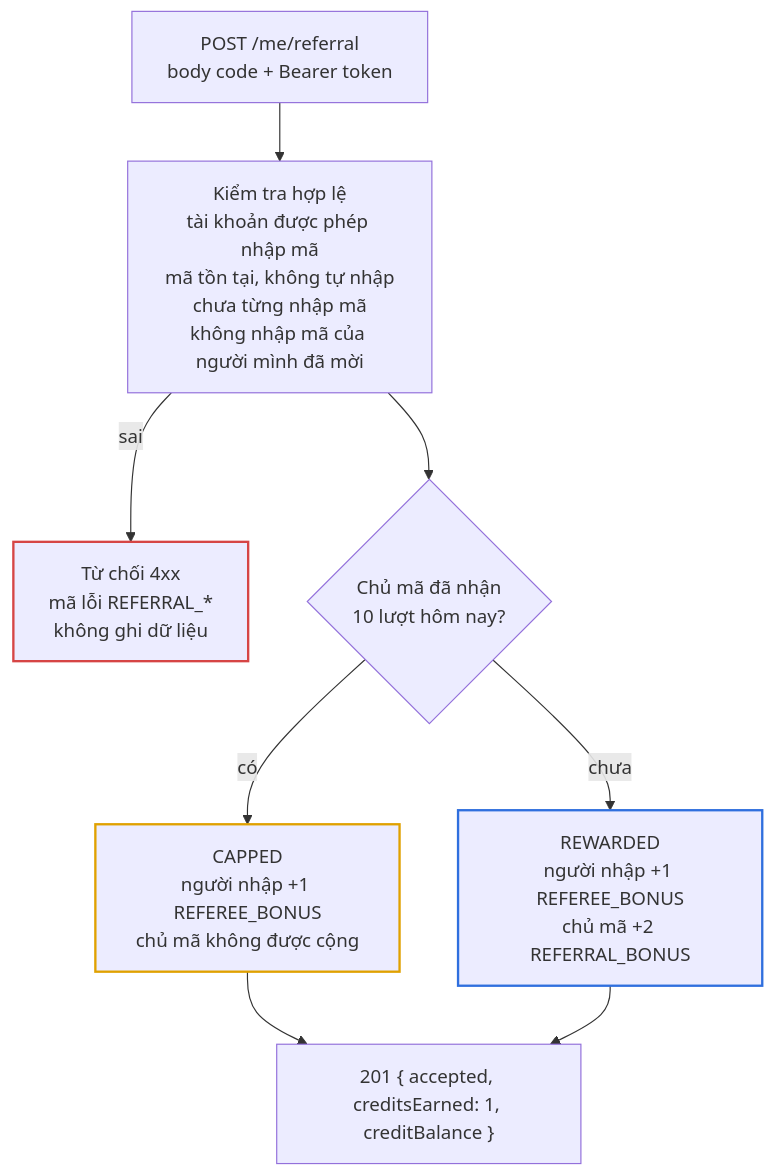
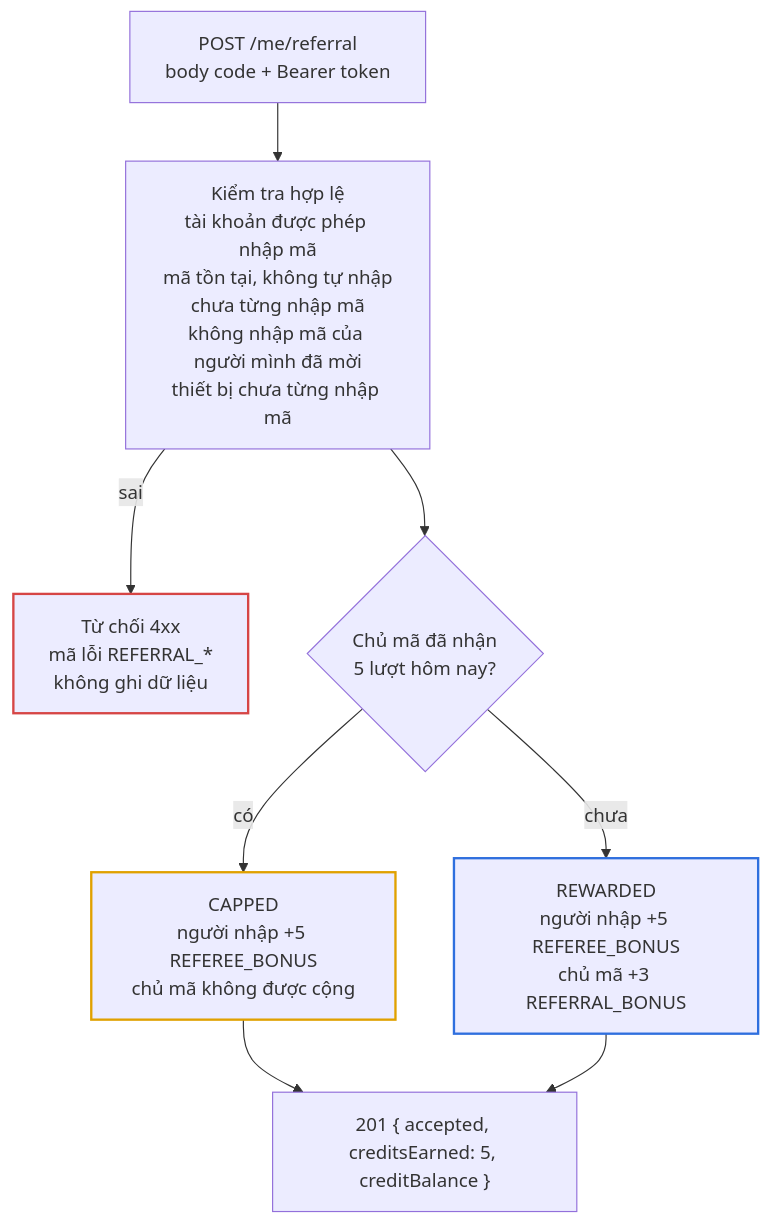
One commit to ahauy/boi changed the fourth of 5 diagrams in docs/workflow.md. Above: the diagram before and after it, drawn with Mermaid. The commit also changed 257 other files, not shown here.

````diff
--- a/docs/workflow.md
+++ b/docs/workflow.md
@@ -123,23 +123,23 @@
 ```mermaid
 flowchart TB
     submit["POST /me/referral<br/>body code + Bearer token"]
-    validate["Kiểm tra hợp lệ<br/>tài khoản được phép nhập mã<br/>mã tồn tại, không tự nhập<br/>chưa từng nhập mã<br/>không nhập mã của người mình đã mời"]
+    validate["Kiểm tra hợp lệ<br/>tài khoản được phép nhập mã<br/>mã tồn tại, không tự nhập<br/>chưa từng nhập mã<br/>không nhập mã của người mình đã mời<br/>thiết bị chưa từng nhập mã"]
     reject["Từ chối 4xx<br/>mã lỗi REFERRAL_*<br/>không ghi dữ liệu"]
-    cap{"Chủ mã đã nhận<br/>10 lượt hôm nay?"}
-    capped["CAPPED<br/>người nhập +1 REFEREE_BONUS<br/>chủ mã không được cộng"]
-    rewarded["REWARDED<br/>người nhập +1 REFEREE_BONUS<br/>chủ mã +2 REFERRAL_BONUS"]
-    done["201 { accepted, creditsEarned: 1, creditBalance }"]
+    cap{"Chủ mã đã nhận<br/>5 lượt hôm nay?"}
+    capped["CAPPED<br/>người nhập +5 REFEREE_BONUS<br/>chủ mã không được cộng"]
+    rewarded["REWARDED<br/>người nhập +5 REFEREE_BONUS<br/>chủ mã +3 REFERRAL_BONUS"]
+    done["201 { accepted, creditsEarned: 5, creditBalance }"]
 
     submit --> validate
     validate -->|sai| reject
     validate --> cap
     cap -->|có| capped --> done
     cap -->|chưa| rewarded --> done
 
     classDef accent stroke:#2f6fde,stroke-width:2px
     classDef warn stroke:#e0a100,stroke-width:2px
     classDef bad stroke:#d64545,stroke-width:2px
     class rewarded accent
     class capped warn
     class reject bad
 ```
````
